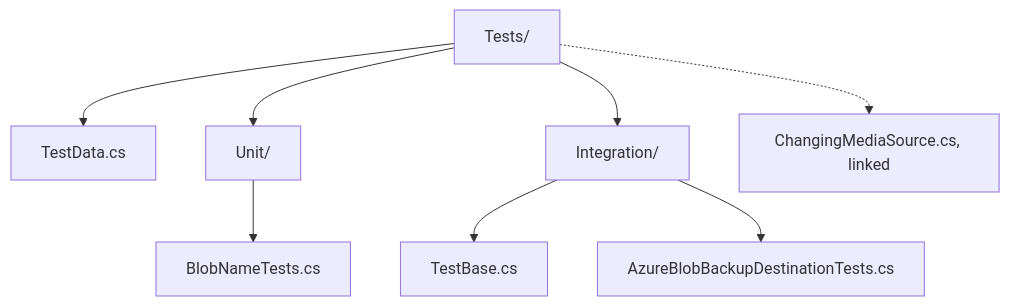
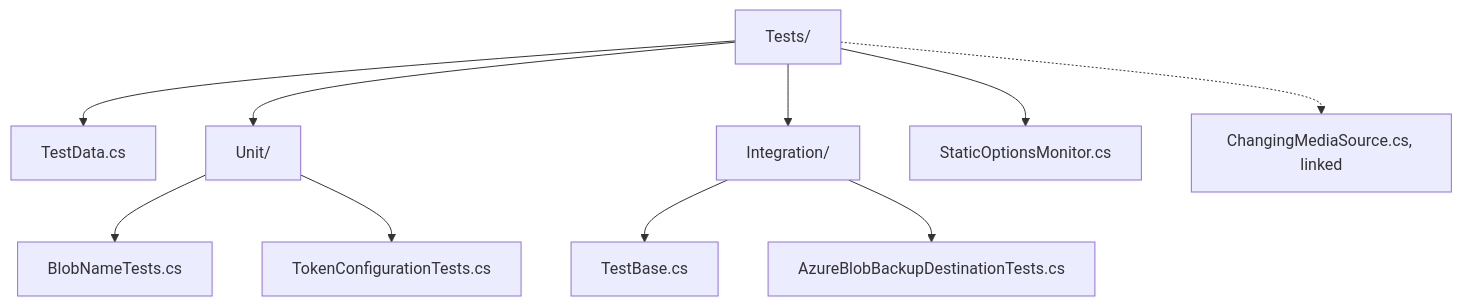
One commit to f2calv/android-dcim-cloud-sync changed the diagram in src/DcimCloudSync.Storage.Azure.Tests/README.md. Above: the diagram before and after it, drawn with Mermaid. The commit also changed other lines of this file and 38 other files, not shown here.

````diff
--- a/src/DcimCloudSync.Storage.Azure.Tests/README.md
+++ b/src/DcimCloudSync.Storage.Azure.Tests/README.md
@@ -46,10 +49,12 @@
 ```mermaid
 graph TD
     Tests[Tests/] --> Data[TestData.cs]
     Tests --> Unit[Unit/]
     Tests --> Integration[Integration/]
     Unit --> Naming[BlobNameTests.cs]
+    Unit --> Token[TokenConfigurationTests.cs]
+    Tests --> Monitor[StaticOptionsMonitor.cs]
     Integration --> Base[TestBase.cs]
     Integration --> Destination[AzureBlobBackupDestinationTests.cs]
     Tests -.-> Changing[ChangingMediaSource.cs, linked]
 ```
````
